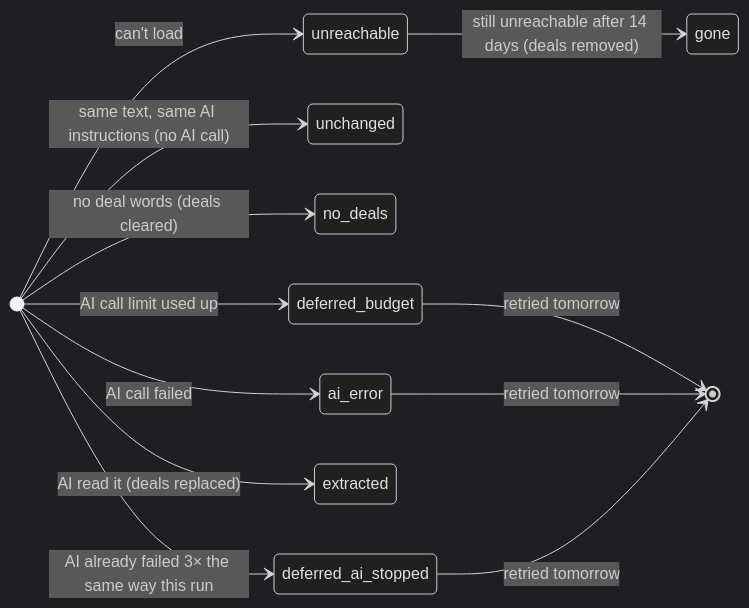
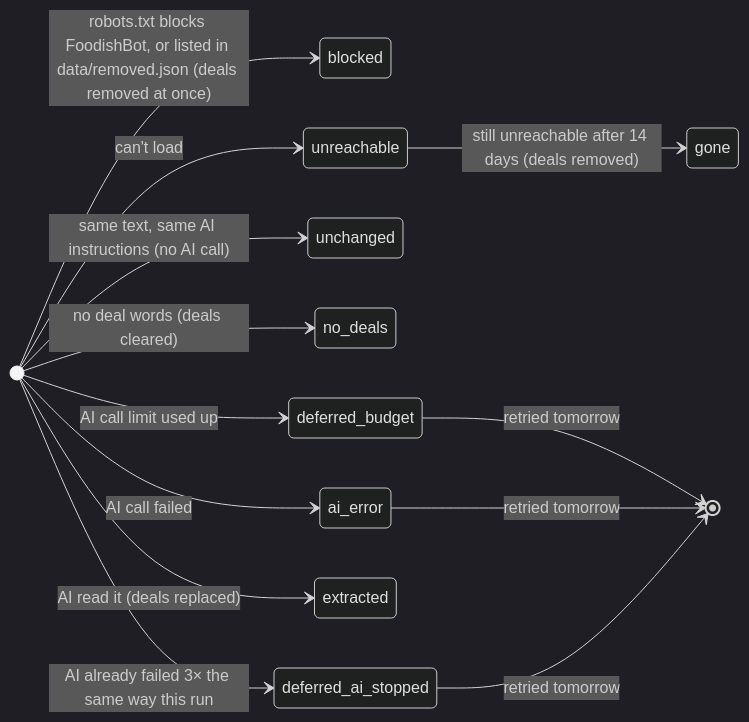
One commit to ctyhuofc/foodish changed the second of 4 diagrams in docs/STATE_MACHINES.md. Above: the diagram before and after it, drawn with Mermaid (dark theme). The commit also changed 15 other files, not shown here.

````diff
--- a/docs/STATE_MACHINES.md
+++ b/docs/STATE_MACHINES.md
@@ -59,15 +59,16 @@
 ```mermaid
 stateDiagram-v2
     direction LR
+    [*] --> blocked: robots.txt blocks FoodishBot, or listed in data/removed.json (deals removed at once)
     [*] --> unreachable: can't load
     unreachable --> gone: still unreachable after 14 days (deals removed)
     [*] --> unchanged: same text, same AI instructions (no AI call)
     [*] --> no_deals: no deal words (deals cleared)
     [*] --> deferred_ai_stopped: AI already failed 3× the same way this run
     [*] --> deferred_budget: AI call limit used up
     [*] --> extracted: AI read it (deals replaced)
     [*] --> ai_error: AI call failed
     deferred_budget --> [*]: retried tomorrow
     ai_error --> [*]: retried tomorrow
     deferred_ai_stopped --> [*]: retried tomorrow
 ```
````
